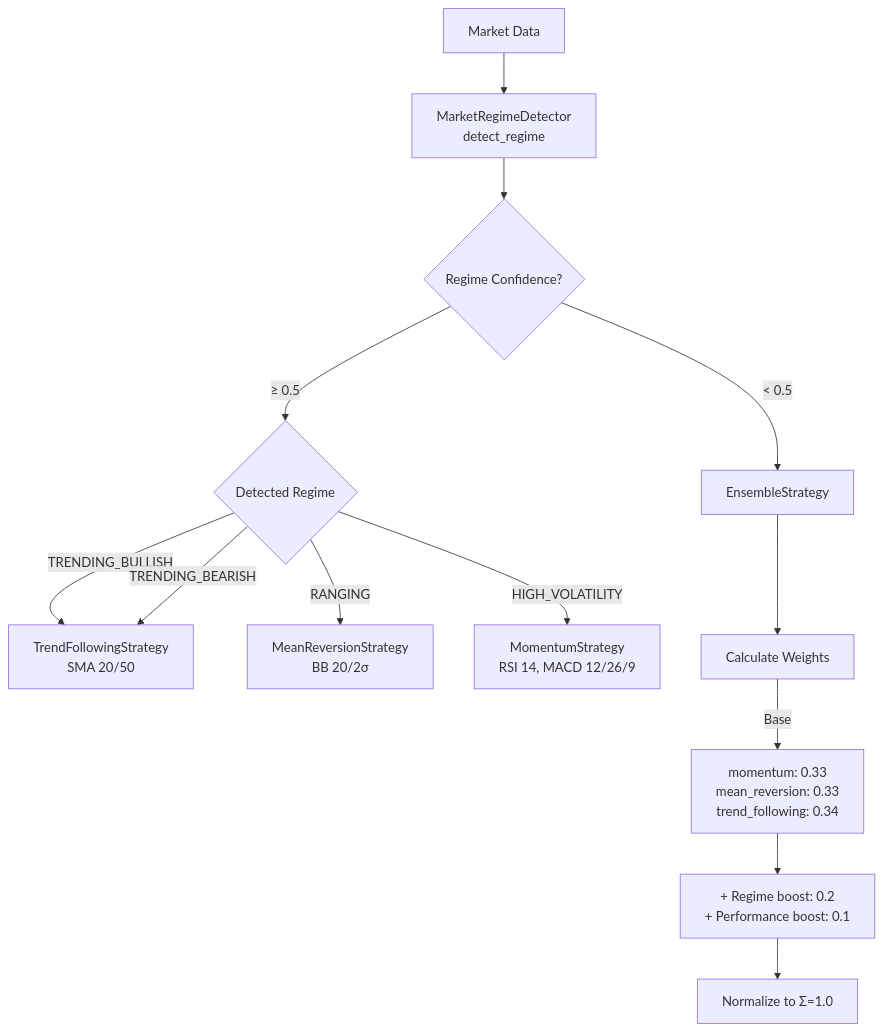
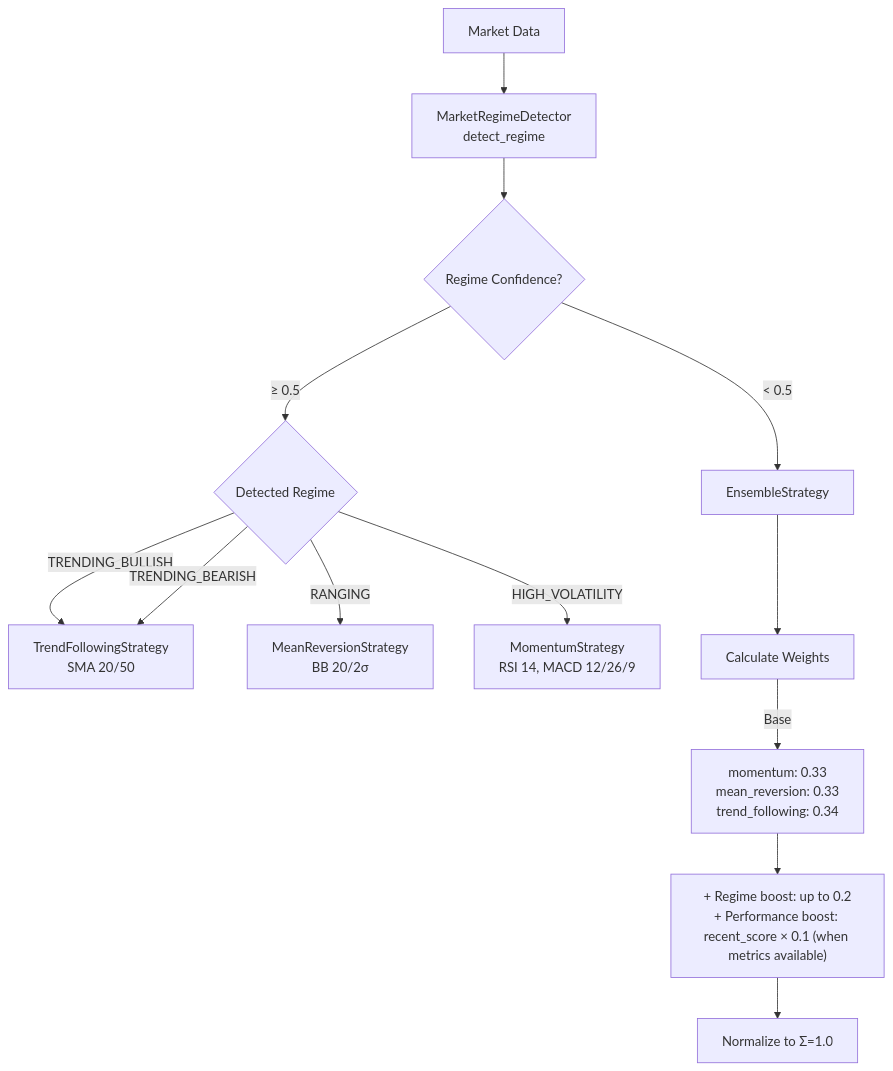
Before and after one commit to Automaat/ai-casino: the second of 6 diagrams in docs/analysis-pipeline.md, drawn with Mermaid. The commit also changed other lines of this file and 2 other files, not shown here.

Commit message:
docs: fix 10 PR review comments in daemon documentation
- Fix trump-daemon command name and flags
- Correct TOML structure with [daemon] parent table
- Add missing OLLAMA_BASE_URL and ALPACA_BASE_URL env vars
- Update error handling description to asyncio.gather
- Fix log path from worker.log to stderr
- Clarify sector-stock mapping description
- Update Stage 3 agent count to reflect conditional Trump agent
- Correct ensemble boost formulas (regime: up to 0.2, performance: recent_score × 0.1)
- Remove invalid RM→AB dependency edge
- Update concurrency model to mention asyncio.to_thread for blocking I/O

````diff
--- a/docs/analysis-pipeline.md
+++ b/docs/analysis-pipeline.md
@@ -81,17 +81,17 @@
 ```mermaid
 graph TD
     MD[Market Data] --> RD[MarketRegimeDetector<br/>detect_regime]
     RD --> Regime{Regime Confidence?}
 
     Regime --> |≥ 0.5| Map{Detected Regime}
     Map --> |TRENDING_BULLISH| TF[TrendFollowingStrategy<br/>SMA 20/50]
     Map --> |TRENDING_BEARISH| TF
     Map --> |RANGING| MR[MeanReversionStrategy<br/>BB 20/2σ]
     Map --> |HIGH_VOLATILITY| MOM[MomentumStrategy<br/>RSI 14, MACD 12/26/9]
 
     Regime --> |< 0.5| Ensemble[EnsembleStrategy]
     Ensemble --> Weights[Calculate Weights]
     Weights --> |Base| BW["momentum: 0.33<br/>mean_reversion: 0.33<br/>trend_following: 0.34"]
-    BW --> Boost["+ Regime boost: 0.2<br/>+ Performance boost: 0.1"]
+    BW --> Boost["+ Regime boost: up to 0.2<br/>+ Performance boost: recent_score × 0.1 (when metrics available)"]
     Boost --> Normalize[Normalize to Σ=1.0]
 ```
````
